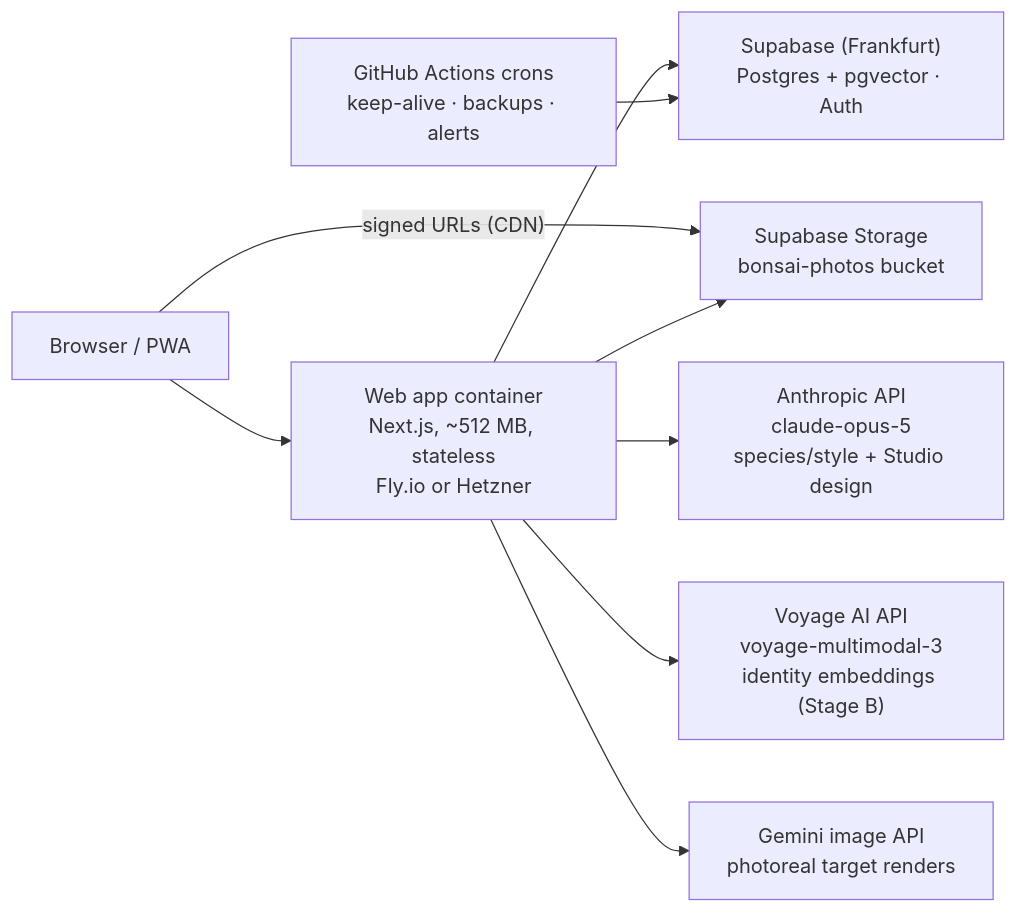
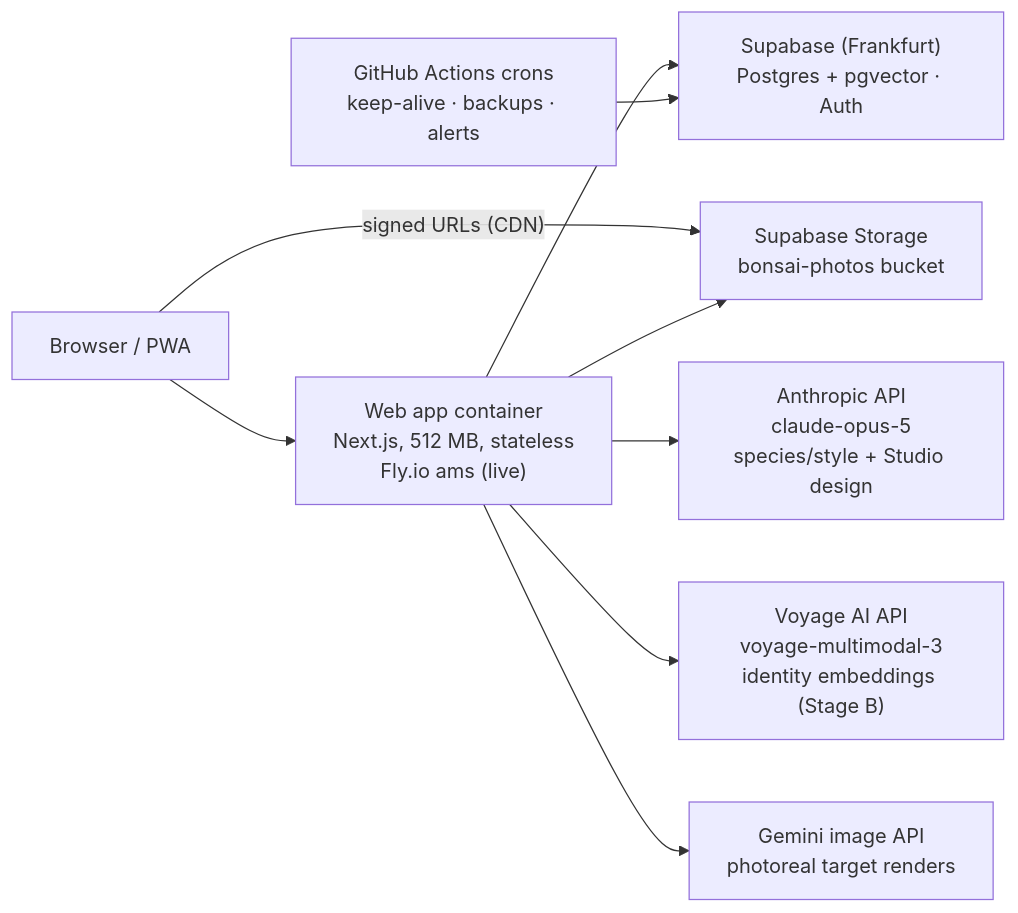
The diagram in docs/future-state-plan.md (JesperBoeg/Bonsai), drawn with Mermaid before and after one commit. The commit also changed other lines of this file and 25 other files, not shown here.

````diff
--- a/docs/future-state-plan.md
+++ b/docs/future-state-plan.md
@@ -37,11 +39,11 @@
 ```mermaid
 flowchart LR
-    U["Browser / PWA"] --> W["Web app container\nNext.js, ~512 MB, stateless\nFly.io or Hetzner"]
+    U["Browser / PWA"] --> W["Web app container\nNext.js, 512 MB, stateless\nFly.io ams (live)"]
     U -->|"signed URLs (CDN)"| ST
     W --> SB["Supabase (Frankfurt)\nPostgres + pgvector · Auth"]
     W --> ST["Supabase Storage\nbonsai-photos bucket"]
     W --> CL["Anthropic API\nclaude-opus-5\nspecies/style + Studio design"]
     W --> VY["Voyage AI API\nvoyage-multimodal-3\nidentity embeddings (Stage B)"]
     W --> GM["Gemini image API\nphotoreal target renders"]
     GH["GitHub Actions crons\nkeep-alive · backups · alerts"] --> SB
 ```
````
